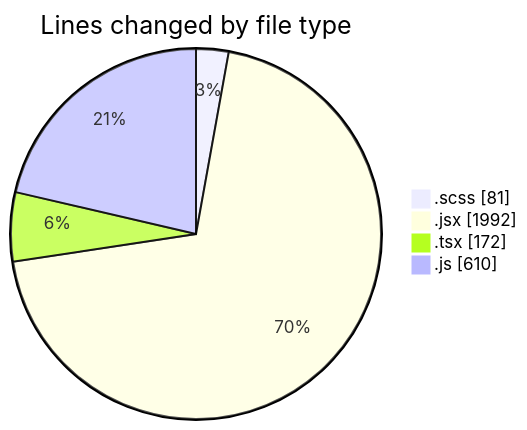
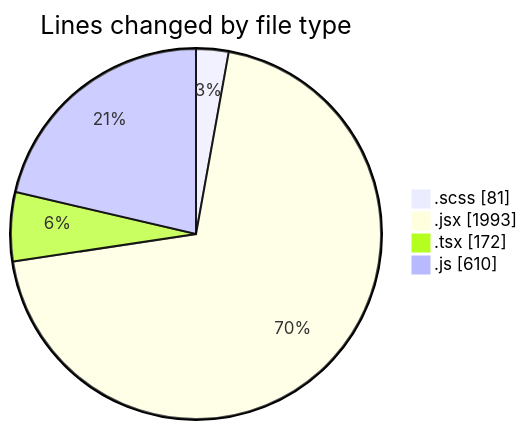
One commit to momahboobian/code-tracking changed the first of 2 diagrams in 2025-06-03/cda/README.md. Above: the diagram before and after it, drawn with Mermaid. The commit also changed other lines of this file and 1 other file, not shown here.

````diff
--- a/2025-06-03/cda/README.md
+++ b/2025-06-03/cda/README.md
@@ -25,8 +25,8 @@
 ```mermaid
 pie showData
 title Lines changed by file type
 ".scss" : 81
-".jsx" : 1992
+".jsx" : 1993
 ".tsx" : 172
 ".js" : 610
 ```
````
